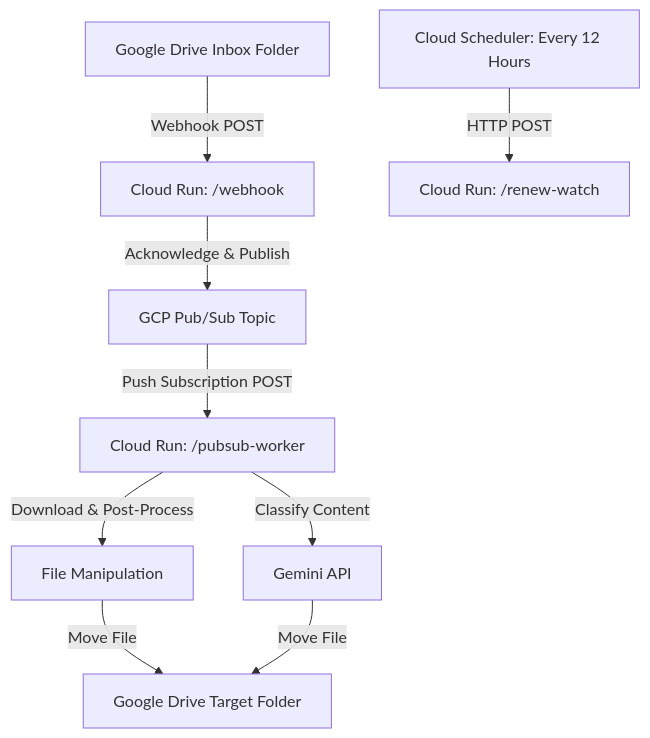
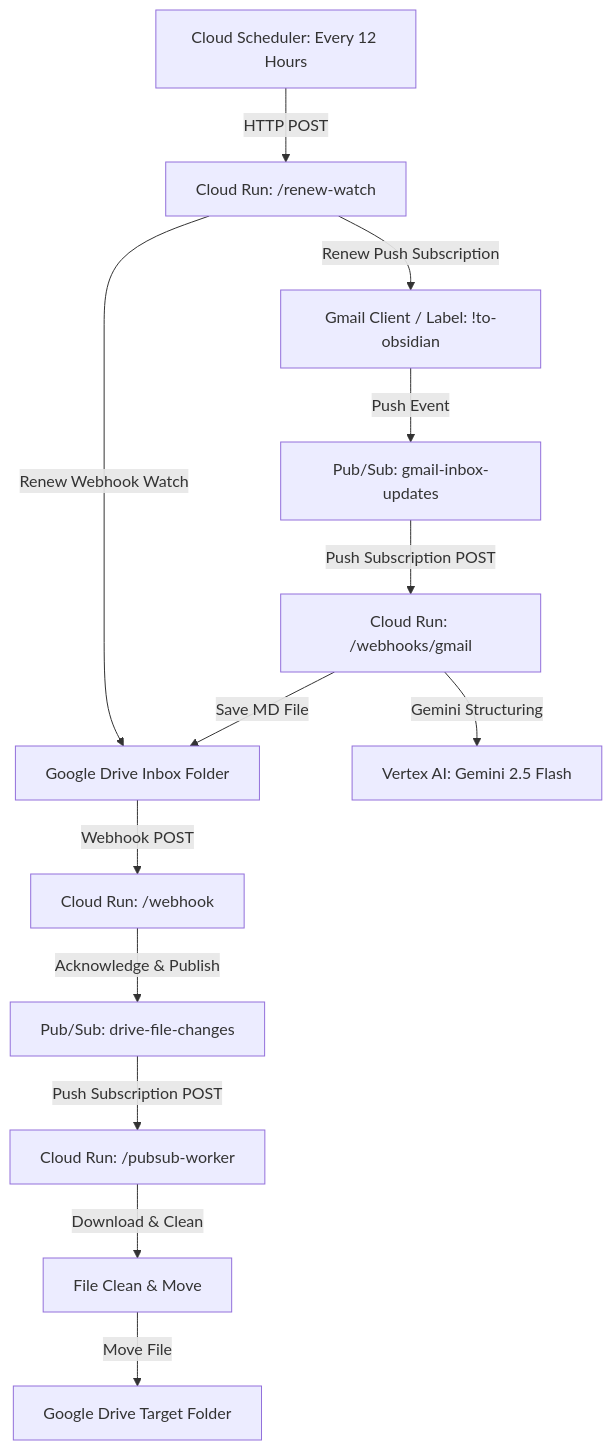
One commit to billnapier/plaud_processor changed the diagram in docs/Tech_Stack.md. Above: the diagram before and after it, drawn with Mermaid. The commit also changed other lines of this file and 3 other files, not shown here.

Commit message:
Merge Gmail ingestion system specification into main documentation

````diff
--- a/docs/Tech_Stack.md
+++ b/docs/Tech_Stack.md
@@ -23,11 +20,20 @@
 ```mermaid
 graph TD
-    GD[Google Drive Inbox Folder] -->|Webhook POST| CR_Webhook[Cloud Run: /webhook]
-    CR_Webhook -->|Acknowledge & Publish| PS[GCP Pub/Sub Topic]
-    PS -->|Push Subscription POST| CR_Worker[Cloud Run: /pubsub-worker]
-    CR_Worker -->|Download & Post-Process| FileOps[File Manipulation]
-    CR_Worker -->|Classify Content| Gemini[Gemini API]
-    FileOps & Gemini -->|Move File| GD_Dest[Google Drive Target Folder]
+    %% Google Drive & Plaud Ingestion
+    GD_Inbox[Google Drive Inbox Folder] -->|Webhook POST| CR_Webhook[Cloud Run: /webhook]
+    CR_Webhook -->|Acknowledge & Publish| PS_Drive[Pub/Sub: drive-file-changes]
+    PS_Drive -->|Push Subscription POST| CR_Worker[Cloud Run: /pubsub-worker]
+    CR_Worker -->|Download & Clean| FileOps[File Clean & Move]
+    FileOps -->|Move File| GD_Dest[Google Drive Target Folder]
+
+    %% Gmail Ingestion
+    Gmail[Gmail Client / Label: !to-obsidian] -->|Push Event| PS_Gmail[Pub/Sub: gmail-inbox-updates]
+    PS_Gmail -->|Push Subscription POST| CR_GmailWebhook[Cloud Run: /webhooks/gmail]
+    CR_GmailWebhook -->|Gemini Structuring| Gemini[Vertex AI: Gemini 2.5 Flash]
+    CR_GmailWebhook -->|Save MD File| GD_Inbox
     
-    Scheduler[Cloud Scheduler: Every 12 Hours] -->|HTTP POST| CR_Watch[Cloud Run: /renew-watch]
+    %% Scheduled Watch Renewal
+    Scheduler[Cloud Scheduler: Every 12 Hours] -->|HTTP POST| CR_Renew[Cloud Run: /renew-watch]
+    CR_Renew -->|Renew Webhook Watch| GD_Inbox
+    CR_Renew -->|Renew Push Subscription| Gmail
 ```
````
